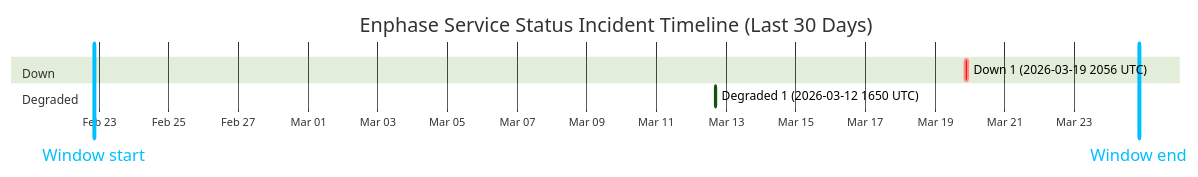
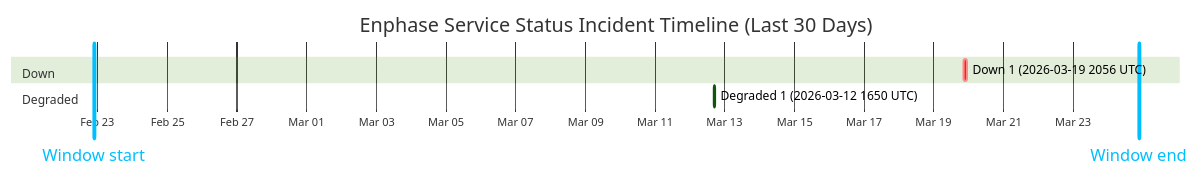
The diagram in wiki/Service-Status-History.md (barneyonline/ha-enphase-ev-charger), drawn with Mermaid (forest theme) before and after one commit. The commit also changed other lines of this file and 3 other files, not shown here.

````diff
--- a/wiki/Service-Status-History.md
+++ b/wiki/Service-Status-History.md
@@ -14,12 +14,12 @@
 ```mermaid
 gantt
     title Enphase Service Status Incident Timeline (Last 30 Days)
     dateFormat  YYYY-MM-DDTHH:mm:ss
     axisFormat  %b %d
-    Window start :vert, window-start, 2026-02-22T20:32:05, 0ms
-    Window end :vert, window-end, 2026-03-24T20:32:05, 0ms
+    Window start :vert, window-start, 2026-02-22T21:29:08, 0ms
+    Window end :vert, window-end, 2026-03-24T21:29:08, 0ms
     section Down
     Down 1 (2026-03-19 2056 UTC) :crit, down-1, 2026-03-19T20:56:20, 145m
     section Degraded
     Degraded 1 (2026-03-12 1650 UTC) :active, degraded-1, 2026-03-12T16:50:43, 60m
 ```
````
